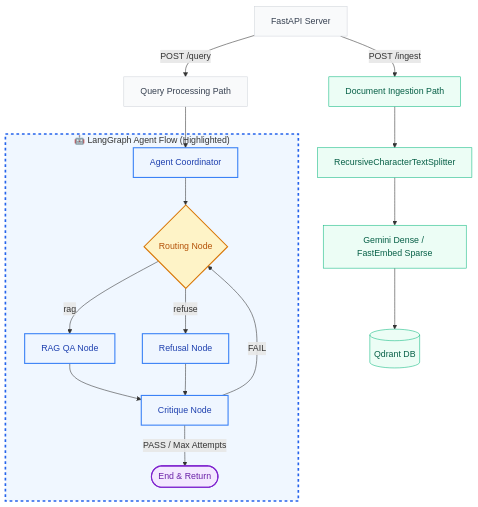
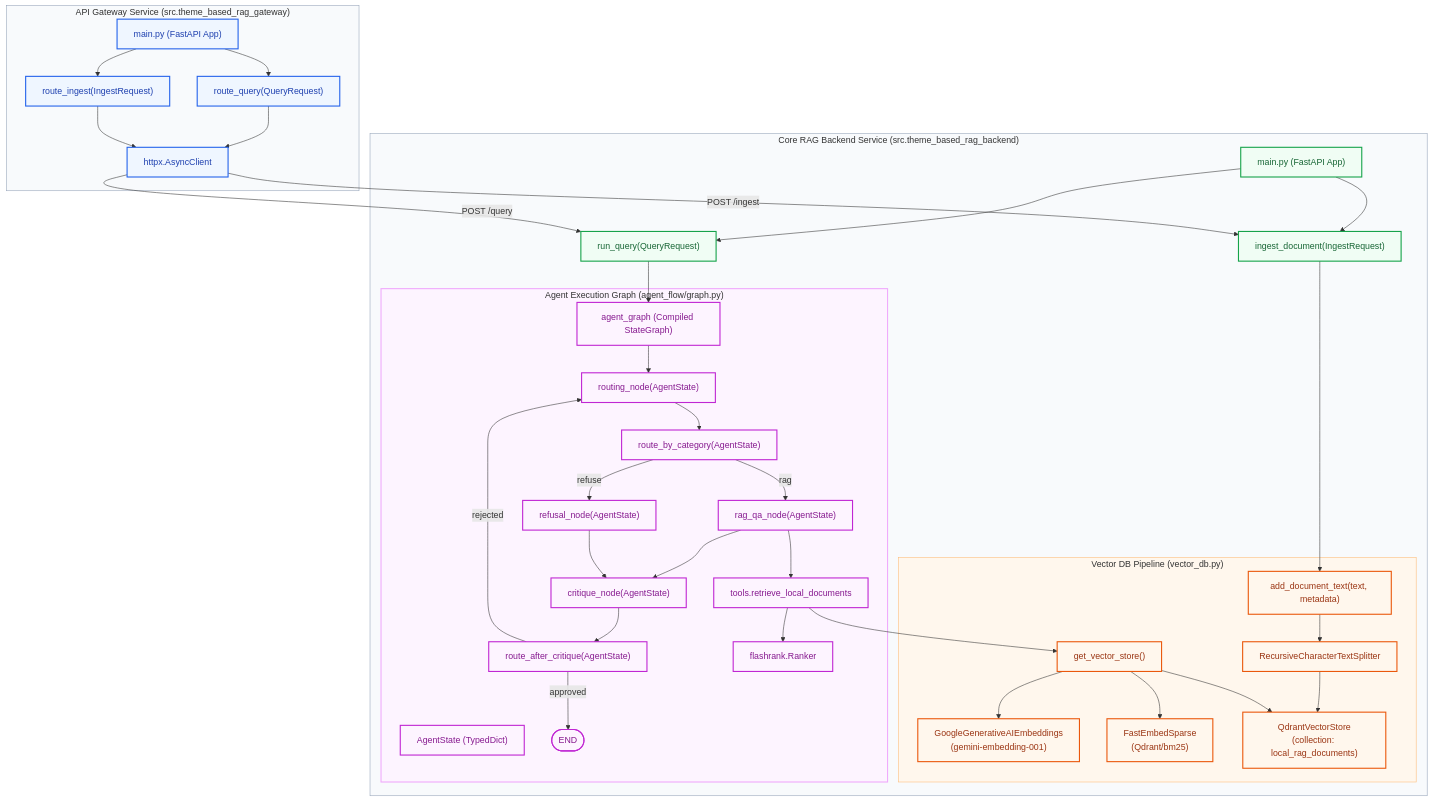
The second of 3 diagrams in README.md (boycececil666gmailcom/fintech-rag-chatbot), drawn with Mermaid before and after one commit. The commit also changed other lines of this file, not shown here.

Commit message:
docs: update README with detailed technical architecture, technology stack, and revised workflow diagrams.

````diff
--- a/README.md
+++ b/README.md
@@ -84,43 +86,83 @@
 ```mermaid
 flowchart TD
-    %% Styling classes
-    classDef main fill:#f9fafb,stroke:#d1d5db,stroke-width:1px,color:#374151;
-    classDef ingest fill:#ecfdf5,stroke:#10b981,stroke-width:1px,color:#065f46;
-    classDef lgNode fill:#eff6ff,stroke:#3b82f6,stroke-width:2px,color:#1e40af;
-    classDef decision fill:#fef3c7,stroke:#d97706,stroke-width:2px,color:#b45309;
-    classDef endNode fill:#f3e8ff,stroke:#7e22ce,stroke-width:2px,color:#6b21a8;
+    %% Styling
+    classDef gateway fill:#eff6ff,stroke:#2563eb,stroke-width:2px,color:#1e40af;
+    classDef backend fill:#f0fdf4,stroke:#16a34a,stroke-width:2px,color:#166534;
+    classDef graphNode fill:#fdf4ff,stroke:#c026d3,stroke-width:2px,color:#86198f;
+    classDef dbNode fill:#fff7ed,stroke:#ea580c,stroke-width:2px,color:#9a3412;
+    classDef modelNode fill:#f8fafc,stroke:#64748b,stroke-width:1px,color:#334155;
 
-    Server[FastAPI Server]:::main
-    
-    %% Ingest path
-    Server -->|POST /ingest| Ingest[Document Ingestion Path]:::ingest
-    Ingest --> Split[RecursiveCharacterTextSplitter]:::ingest
-    Split --> Embed[Gemini Dense / FastEmbed Sparse]:::ingest
-    Embed --> DB[(Qdrant DB)]:::ingest
+    subgraph GatewayModule ["API Gateway Service (src.theme_based_rag_gateway)"]
+        style GatewayModule fill:#f8fafc,stroke:#94a3b8,stroke-width:1px;
+        GatewayMain["main.py (FastAPI App)"]:::gateway
+        RouteQuery["route_query(QueryRequest)"]:::gateway
+        RouteIngest["route_ingest(IngestRequest)"]:::gateway
+        HTTPXClient["httpx.AsyncClient"]:::gateway
+        
+        GatewayMain --> RouteQuery
+        GatewayMain --> RouteIngest
+        RouteQuery --> HTTPXClient
+        RouteIngest --> HTTPXClient
+    end
 
-    %% Query path
-    Server -->|POST /query| Query[Query Processing Path]:::main
-    
-    subgraph LangGraph ["🤖 LangGraph Agent Flow (Highlighted)"]
-        style LangGraph fill:#f0f7ff,stroke:#2563eb,stroke-width:3px,stroke-dasharray: 5 5;
+    subgraph BackendModule ["Core RAG Backend Service (src.theme_based_rag_backend)"]
+        style BackendModule fill:#f8fafc,stroke:#94a3b8,stroke-width:1px;
+        BackendMain["main.py (FastAPI App)"]:::backend
+        RunQuery["run_query(QueryRequest)"]:::backend
+        IngestDoc["ingest_document(IngestRequest)"]:::backend
         
-        Graph[Agent Coordinator]:::lgNode
-        Routing{Routing Node}:::decision
-        QA[RAG QA Node]:::lgNode
-        Refusal[Refusal Node]:::lgNode
-        Critique[Critique Node]:::lgNode
-        End([End & Return]):::endNode
+        BackendMain --> RunQuery
+        BackendMain --> IngestDoc
         
-        Graph --> Routing
-        Routing -->|rag| QA
-        Routing -->|refuse| Refusal
+        subgraph VectorStoreModule ["Vector DB Pipeline (vector_db.py)"]
+            style VectorStoreModule fill:#fff7ed,stroke:#fdba74,stroke-width:1px;
+            GetVS["get_vector_store()"]:::dbNode
+            AddDocText["add_document_text(text, metadata)"]:::dbNode
+            Splitter["RecursiveCharacterTextSplitter"]:::dbNode
+            DenseEmbed["GoogleGenerativeAIEmbeddings<br/>(gemini-embedding-001)"]:::dbNode
+            SparseEmbed["FastEmbedSparse<br/>(Qdrant/bm25)"]:::dbNode
+            QdrantStore["QdrantVectorStore<br/>(collection: local_rag_documents)"]:::dbNode
+            
+            AddDocText --> Splitter
+            Splitter --> QdrantStore
+            GetVS --> DenseEmbed
+            GetVS --> SparseEmbed
+            GetVS --> QdrantStore
+        end
         
-        QA --> Critique
-        Refusal --> Critique
-        
-        Critique -->|PASS / Max Attempts| End
-        Critique -->|FAIL| Routing
+        subgraph LangGraphAgent ["Agent Execution Graph (agent_flow/graph.py)"]
+            style LangGraphAgent fill:#fdf4ff,stroke:#f0abfc,stroke-width:2px;
+            State["AgentState (TypedDict)"]:::graphNode
+            CompiledGraph["agent_graph (Compiled StateGraph)"]:::graphNode
+            
+            RoutingNode["routing_node(AgentState)"]:::graphNode
+            RAGQANode["rag_qa_node(AgentState)"]:::graphNode
+            RefusalNode["refusal_node(AgentState)"]:::graphNode
+            CritiqueNode["critique_node(AgentState)"]:::graphNode
+            
+            RouteEdge["route_by_category(AgentState)"]:::graphNode
+            CritiqueEdge["route_after_critique(AgentState)"]:::graphNode
+            
+            RetrieveTool["tools.retrieve_local_documents"]:::graphNode
+            FlashRankRerank["flashrank.Ranker"]:::graphNode
+
+            CompiledGraph --> RoutingNode
+            RoutingNode --> RouteEdge
+            RouteEdge -->|"rag"| RAGQANode
+            RouteEdge -->|"refuse"| RefusalNode
+            RAGQANode --> RetrieveTool
+            RetrieveTool --> GetVS
+            RetrieveTool --> FlashRankRerank
+            RAGQANode --> CritiqueNode
+            RefusalNode --> CritiqueNode
+            CritiqueNode --> CritiqueEdge
+            CritiqueEdge -->|"approved"| ENDNode([END]):::graphNode
+            CritiqueEdge -->|"rejected"| RoutingNode
+        end
     end
-    
-    Query --> Graph
+
+    HTTPXClient -->|"POST /query"| RunQuery
+    HTTPXClient -->|"POST /ingest"| IngestDoc
+    RunQuery --> CompiledGraph
+    IngestDoc --> AddDocText
 ```
````
